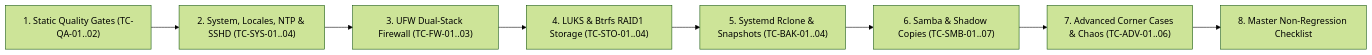
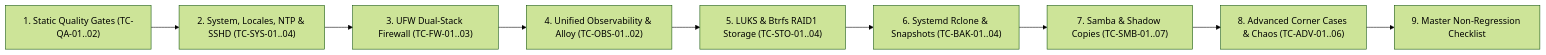
One commit to desnoe/domus changed the diagram in docs/testing.md. Above: the diagram before and after it, drawn with Mermaid (forest theme). The commit also changed other lines of this file and 16 other files, not shown here.

First line of the commit message:
feat(observability): implement Grafana Alloy telemetry with Mimir and Loki remote write

````diff
--- a/docs/testing.md
+++ b/docs/testing.md
@@ -9,10 +9,11 @@
 ```mermaid
 flowchart LR
     QA["1. Static Quality Gates (TC-QA-01..02)"] --> SYS["2. System, Locales, NTP & SSHD (TC-SYS-01..04)"]
     SYS --> FW["3. UFW Dual-Stack Firewall (TC-FW-01..03)"]
-    FW --> STO["4. LUKS & Btrfs RAID1 Storage (TC-STO-01..04)"]
-    STO --> BAK["5. Systemd Rclone & Snapshots (TC-BAK-01..04)"]
-    BAK --> SMB["6. Samba & Shadow Copies (TC-SMB-01..07)"]
-    SMB --> ADV["7. Advanced Corner Cases & Chaos (TC-ADV-01..06)"]
-    ADV --> RUN["8. Master Non-Regression Checklist"]
+    FW --> OBS["4. Unified Observability & Alloy (TC-OBS-01..02)"]
+    OBS --> STO["5. LUKS & Btrfs RAID1 Storage (TC-STO-01..04)"]
+    STO --> BAK["6. Systemd Rclone & Snapshots (TC-BAK-01..04)"]
+    BAK --> SMB["7. Samba & Shadow Copies (TC-SMB-01..07)"]
+    SMB --> ADV["8. Advanced Corner Cases & Chaos (TC-ADV-01..06)"]
+    ADV --> RUN["9. Master Non-Regression Checklist"]
 ```
````
